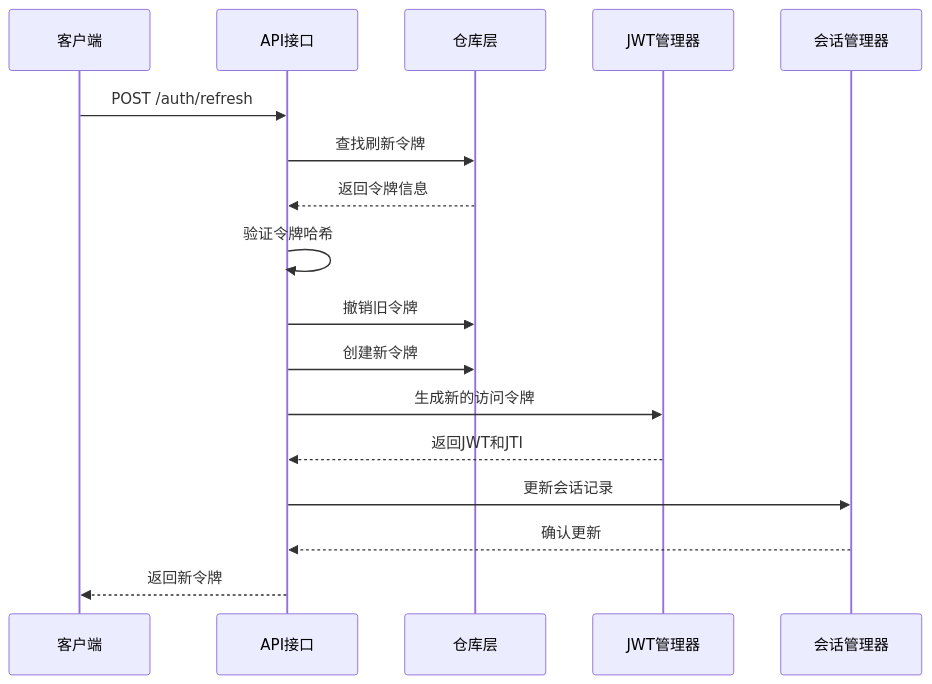
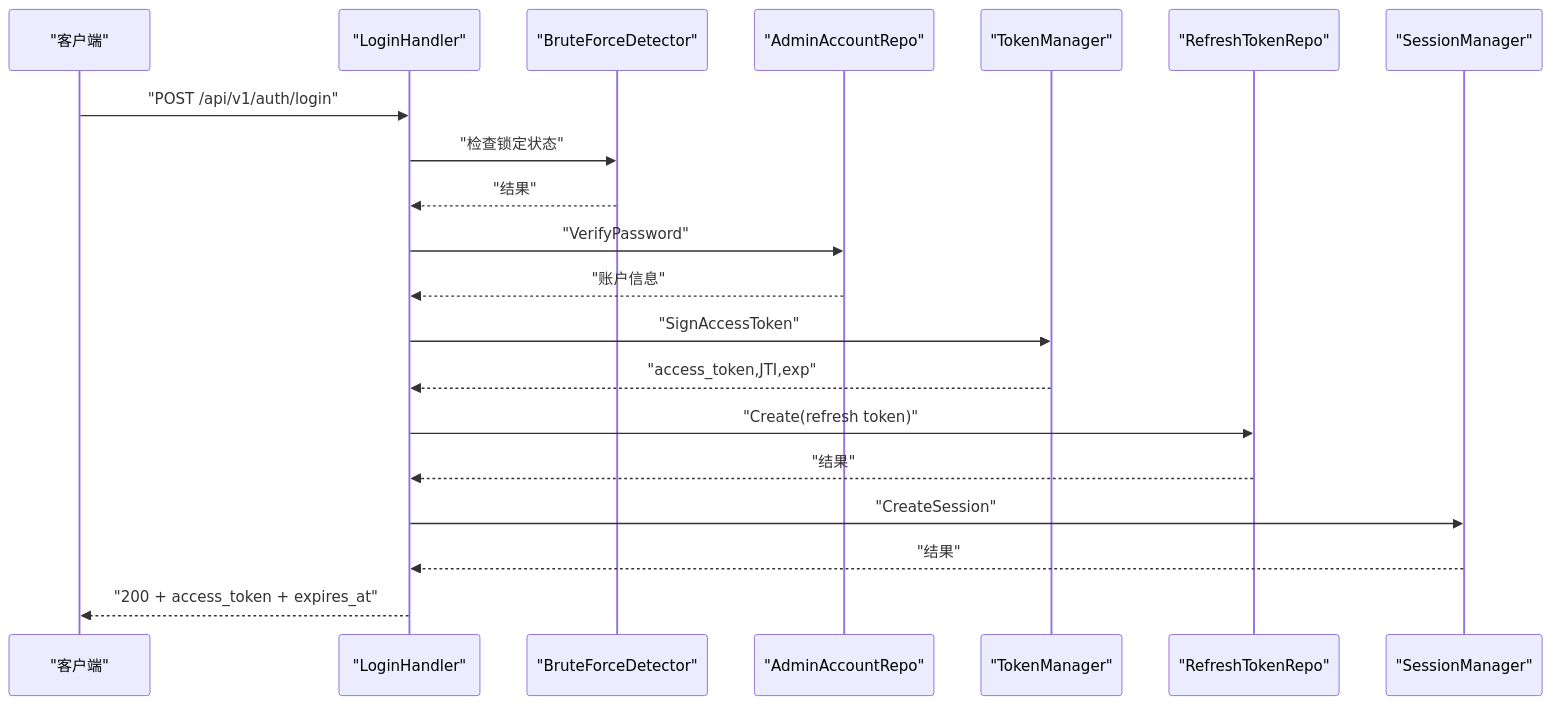
Before and after one commit to x01n/My-OpenWaf: the seventh of 10 diagrams in docs/安全机制/会话管理.md, drawn with Mermaid. The commit also changed other lines of this file and 199 other files, not shown here.

````diff
--- a/docs/安全机制/会话管理.md
+++ b/docs/安全机制/会话管理.md
@@ -294,19 +276,22 @@
 ```mermaid
 sequenceDiagram
-participant Client as 客户端
-participant API as API接口
-participant Repo as 仓库层
-participant JWT as JWT管理器
-participant Session as 会话管理器
-Client->>API : POST /auth/refresh
-API->>Repo : 查找刷新令牌
-Repo-->>API : 返回令牌信息
-API->>API : 验证令牌哈希
-API->>Repo : 撤销旧令牌
-API->>Repo : 创建新令牌
-API->>JWT : 生成新的访问令牌
-JWT-->>API : 返回JWT和JTI
-API->>Session : 更新会话记录
-Session-->>API : 确认更新
-API-->>Client : 返回新令牌
+participant C as "客户端"
+participant L as "LoginHandler"
+participant BF as "BruteForceDetector"
+participant AR as "AdminAccountRepo"
+participant TM as "TokenManager"
+participant RT as "RefreshTokenRepo"
+participant SM as "SessionManager"
+C->>L : "POST /api/v1/auth/login"
+L->>BF : "检查锁定状态"
+BF-->>L : "结果"
+L->>AR : "VerifyPassword"
+AR-->>L : "账户信息"
+L->>TM : "SignAccessToken"
+TM-->>L : "access_token,JTI,exp"
+L->>RT : "Create(refresh token)"
+RT-->>L : "结果"
+L->>SM : "CreateSession"
+SM-->>L : "结果"
+L-->>C : "200 + access_token + expires_at"
 ```
````
